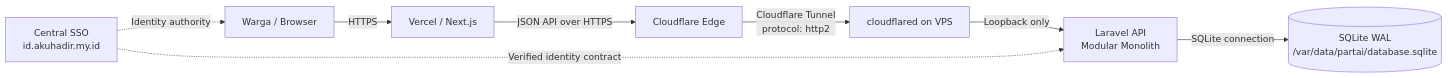
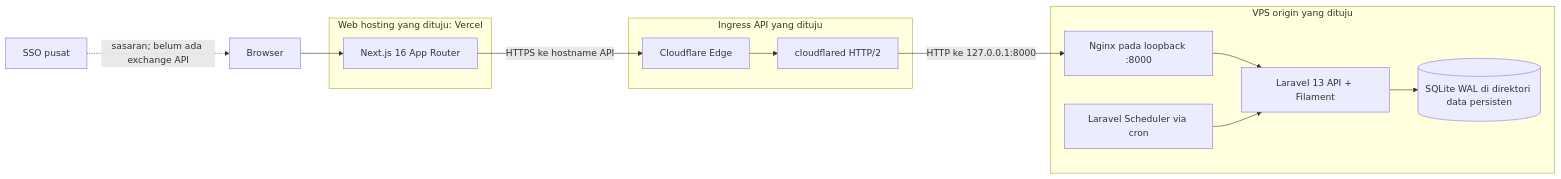
The second of 4 diagrams in docs/architecture.md (bagusgrav/partai), drawn with Mermaid before and after one commit. The commit also changed other lines of this file and 1 other file, not shown here.

Commit message:
docs: audit README and architecture blueprint

````diff
--- a/docs/architecture.md
+++ b/docs/architecture.md
@@ -16,10 +58,25 @@
 ```mermaid
 flowchart LR
-    U[Warga / Browser] -->|HTTPS| V[Vercel / Next.js]
-    V -->|JSON API over HTTPS| CF[Cloudflare Edge]
-    CF -->|Cloudflare Tunnel<br/>protocol: http2| T[cloudflared on VPS]
-    T -->|Loopback only| L[Laravel API<br/>Modular Monolith]
-    L -->|SQLite connection| DB[(SQLite WAL<br/>/var/data/partai/database.sqlite)]
-    IDP[Central SSO<br/>id.akuhadir.my.id] -. Identity authority .-> U
-    IDP -. Verified identity contract .-> L
+    Browser[Browser]
+    subgraph Vercel[Web hosting yang dituju: Vercel]
+        Next[Next.js 16 App Router]
+    end
+    subgraph Cloudflare[Ingress API yang dituju]
+        Edge[Cloudflare Edge]
+        Tunnel[cloudflared HTTP/2]
+    end
+    subgraph VPS[VPS origin yang dituju]
+        Proxy[Nginx pada loopback :8000]
+        Laravel[Laravel 13 API + Filament]
+        SQLite[(SQLite WAL di direktori data persisten)]
+        Scheduler[Laravel Scheduler via cron]
+    end
+    Browser --> Next
+    Next -->|HTTPS ke hostname API| Edge
+    Edge --> Tunnel
+    Tunnel -->|HTTP ke 127.0.0.1:8000| Proxy
+    Proxy --> Laravel
+    Laravel --> SQLite
+    Scheduler --> Laravel
+    SSO[SSO pusat] -. sasaran; belum ada exchange API .-> Browser
 ```
````
